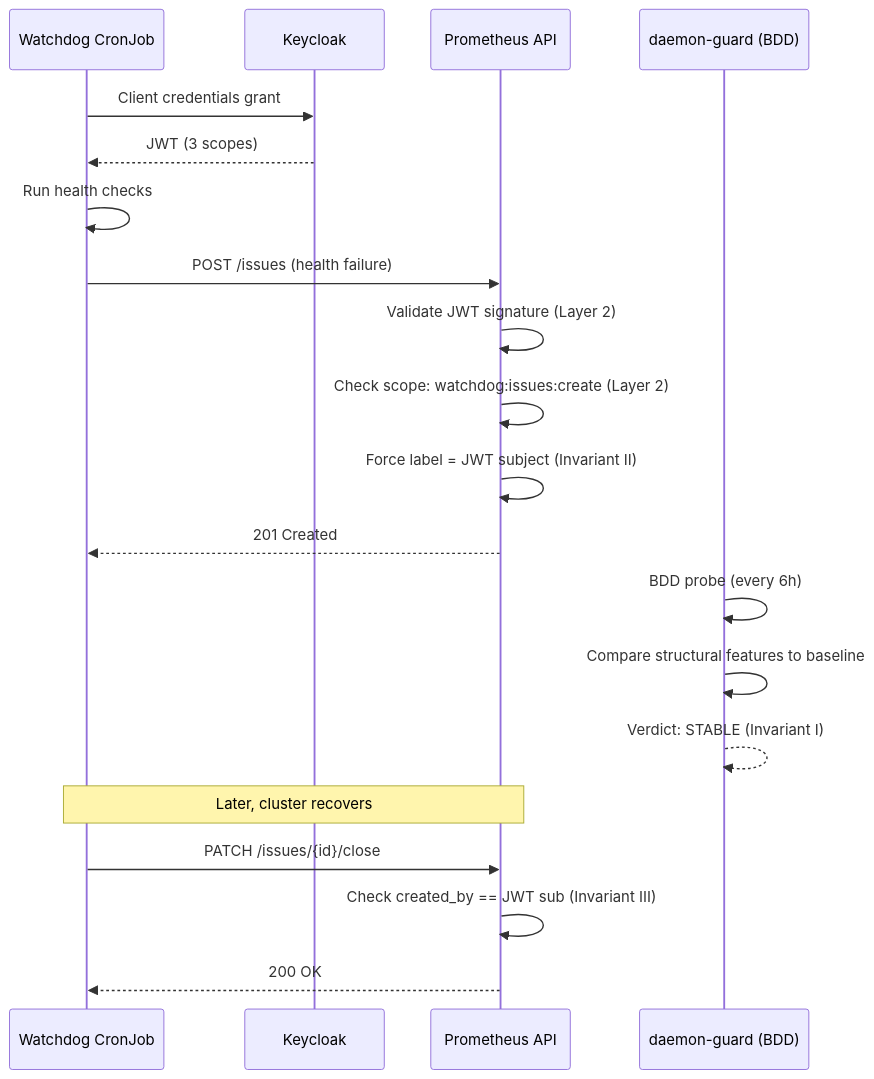
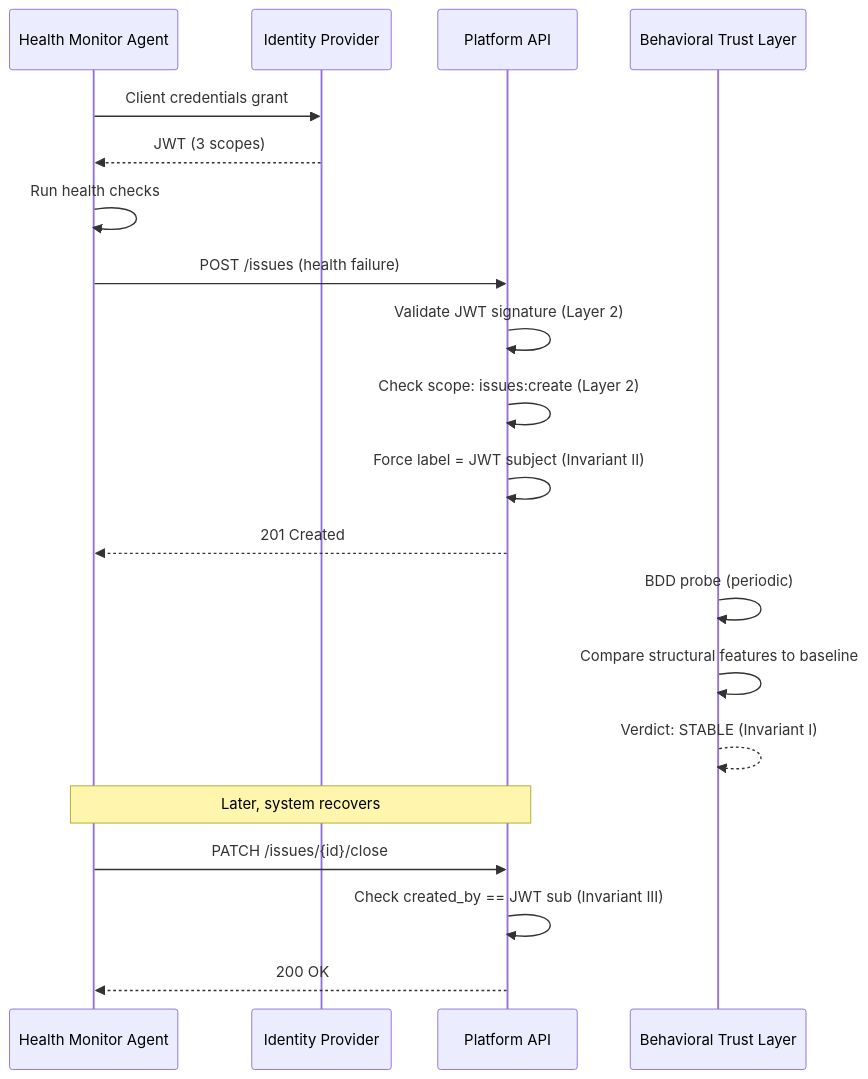
The second of 4 diagrams in src/content/research/dira-framework.mdx (CyberdaemonAI/cyberdaemon-site), drawn with Mermaid before and after one commit. The commit also changed other lines of this file and 2 other files, not shown here.

Commit message:
scrub: all research articles -- remove Prometheus internals, Keycloak, daemon-* names

````diff
--- a/src/content/research/dira-framework.mdx
+++ b/src/content/research/dira-framework.mdx
@@ -291,23 +287,23 @@
 ```mermaid
 sequenceDiagram
-    participant W as Watchdog CronJob
-    participant KC as Keycloak
-    participant API as Prometheus API
-    participant DG as daemon-guard (BDD)
+    participant W as Health Monitor Agent
+    participant KC as Identity Provider
+    participant API as Platform API
+    participant DG as Behavioral Trust Layer
 
     W->>KC: Client credentials grant
     KC-->>W: JWT (3 scopes)
     W->>W: Run health checks
     W->>API: POST /issues (health failure)
     API->>API: Validate JWT signature (Layer 2)
-    API->>API: Check scope: watchdog:issues:create (Layer 2)
+    API->>API: Check scope: issues:create (Layer 2)
     API->>API: Force label = JWT subject (Invariant II)
     API-->>W: 201 Created
-    DG->>DG: BDD probe (every 6h)
+    DG->>DG: BDD probe (periodic)
     DG->>DG: Compare structural features to baseline
     DG-->>DG: Verdict: STABLE (Invariant I)
-    Note over W,API: Later, cluster recovers
+    Note over W,API: Later, system recovers
     W->>API: PATCH /issues/{id}/close
     API->>API: Check created_by == JWT sub (Invariant III)
     API-->>W: 200 OK
 ```
````
